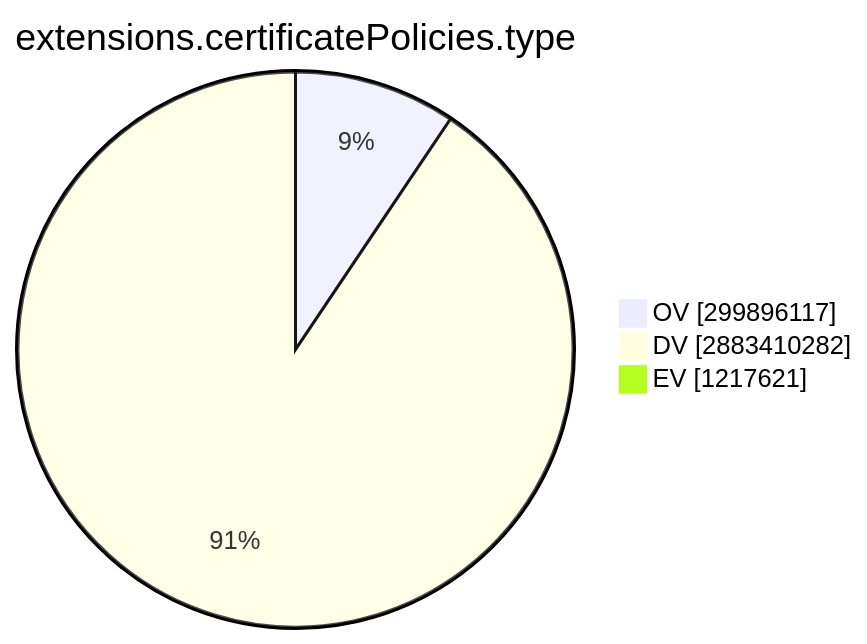
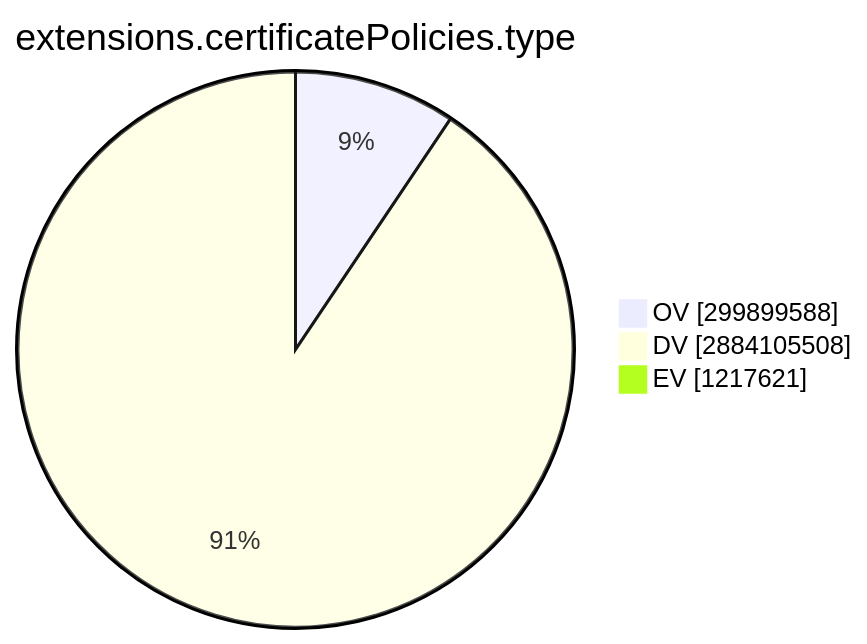
One commit to christiankrug/ctmonitor_visualization changed the ninth of 15 diagrams in TOTAL/README.md. Above: the diagram before and after it, drawn with Mermaid. The commit also changed other lines of this file, not shown here.

````diff
--- a/TOTAL/README.md
+++ b/TOTAL/README.md
@@ -3101,7 +3101,7 @@
 ```mermaid
 pie showData
 title extensions.certificatePolicies.type
-"OV" :299896117
-"DV" :2883410282
+"OV" :299899588
+"DV" :2884105508
 "EV" :1217621
 ```
````
